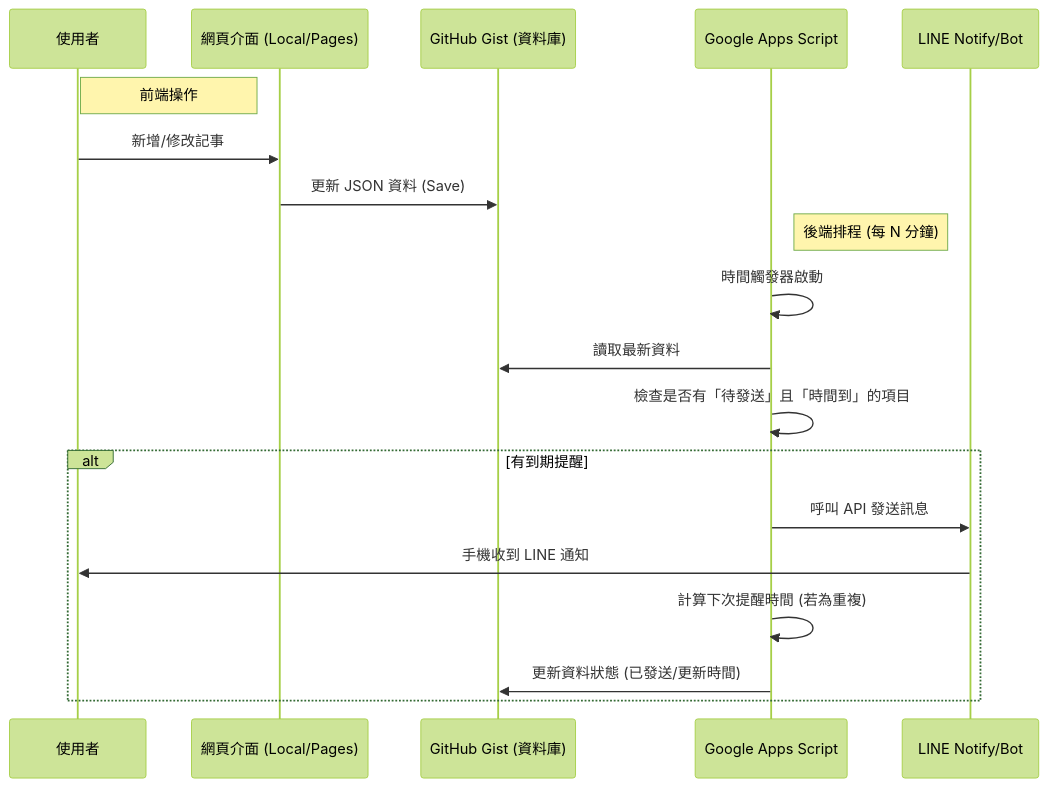
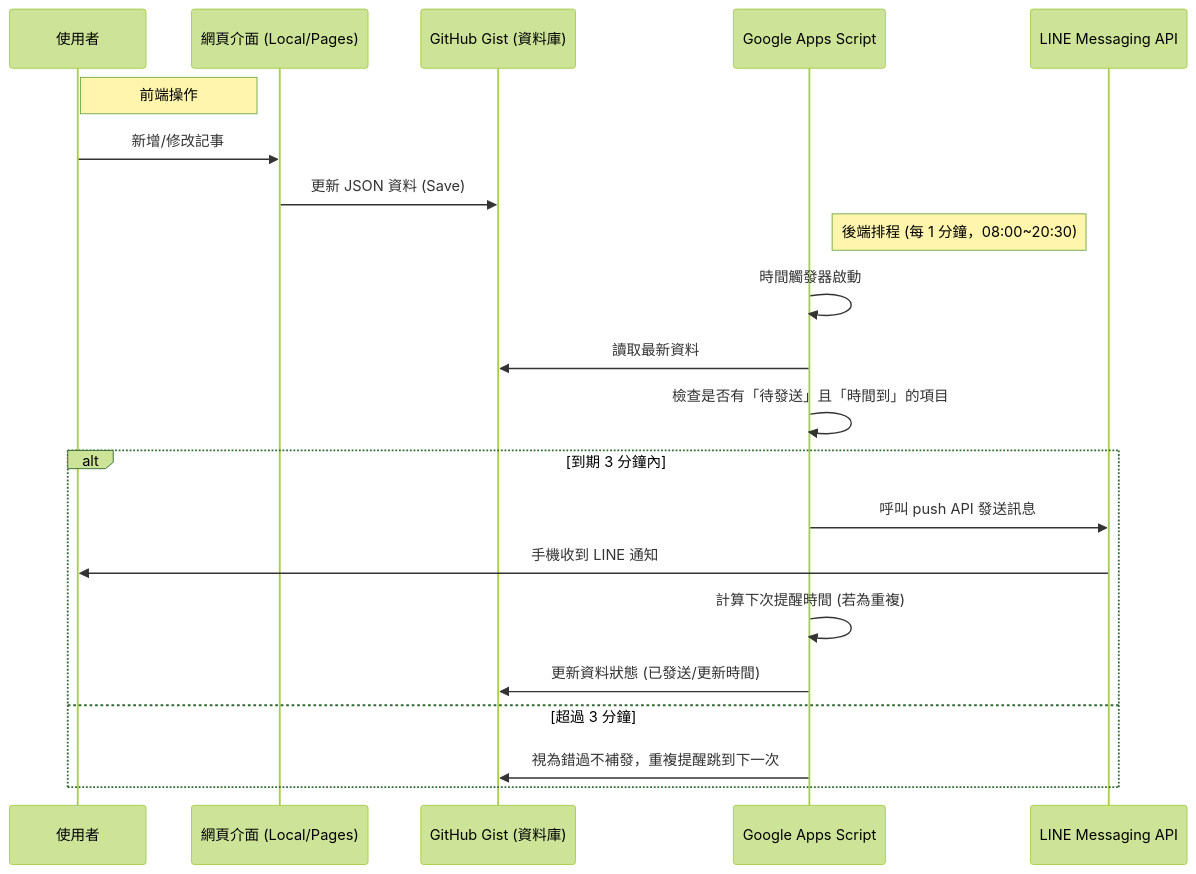
Before and after one commit to Joy0130/LineNotify: the diagram in README.md, drawn with Mermaid (forest theme). The commit also changed other lines of this file and 4 other files, not shown here.

````diff
--- a/README.md
+++ b/README.md
@@ -66,24 +90,26 @@
 ```mermaid
 sequenceDiagram
     participant User as 使用者
     participant Web as 網頁介面 (Local/Pages)
     participant Gist as GitHub Gist (資料庫)
     participant GAS as Google Apps Script
-    participant LINE as LINE Notify/Bot
+    participant LINE as LINE Messaging API
 
     Note left of Web: 前端操作
     User->>Web: 新增/修改記事
     Web->>Gist: 更新 JSON 資料 (Save)
 
-    Note right of GAS: 後端排程 (每 N 分鐘)
+    Note right of GAS: 後端排程 (每 1 分鐘，08:00~20:30)
     GAS->>GAS: 時間觸發器啟動
     GAS->>Gist: 讀取最新資料
     GAS->>GAS: 檢查是否有「待發送」且「時間到」的項目
-    
-    alt 有到期提醒
-        GAS->>LINE: 呼叫 API 發送訊息
+
+    alt 到期 3 分鐘內
+        GAS->>LINE: 呼叫 push API 發送訊息
         LINE->>User: 手機收到 LINE 通知
         GAS->>GAS: 計算下次提醒時間 (若為重複)
         GAS->>Gist: 更新資料狀態 (已發送/更新時間)
+    else 超過 3 分鐘
+        GAS->>Gist: 視為錯過不補發，重複提醒跳到下一次
     end
 ```
````
